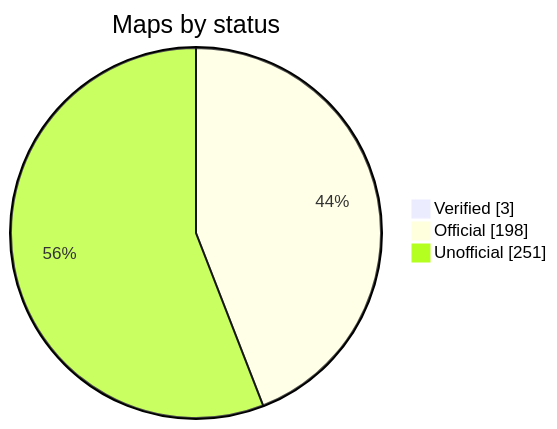
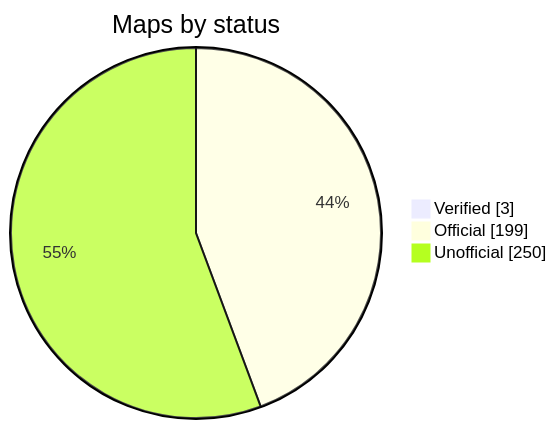
One commit to nobrega8/mbmap-library changed the diagram in README.md. Above: the diagram before and after it, drawn with Mermaid. The commit also changed 1 other file, not shown here.

Commit message:
Rebuild the index

````diff
--- a/README.md
+++ b/README.md
@@ -48,7 +48,7 @@
 ```mermaid
 pie showData
     title Maps by status
     "Verified" : 3
-    "Official" : 198
-    "Unofficial" : 251
+    "Official" : 199
+    "Unofficial" : 250
 ```
````
